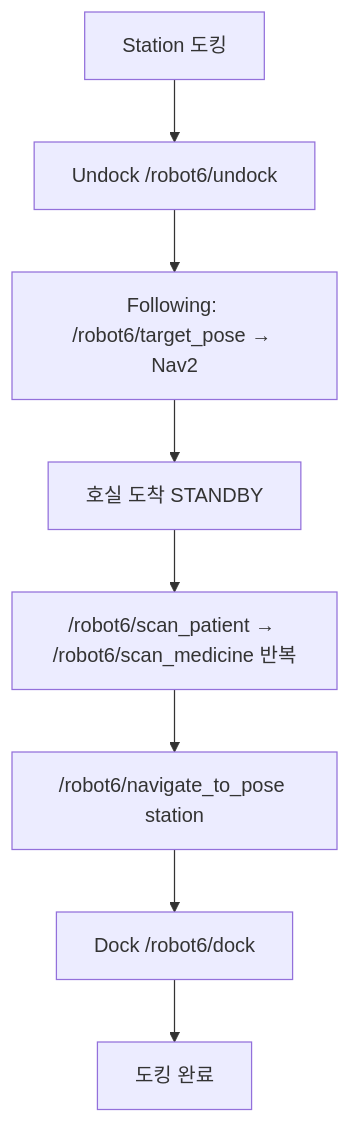
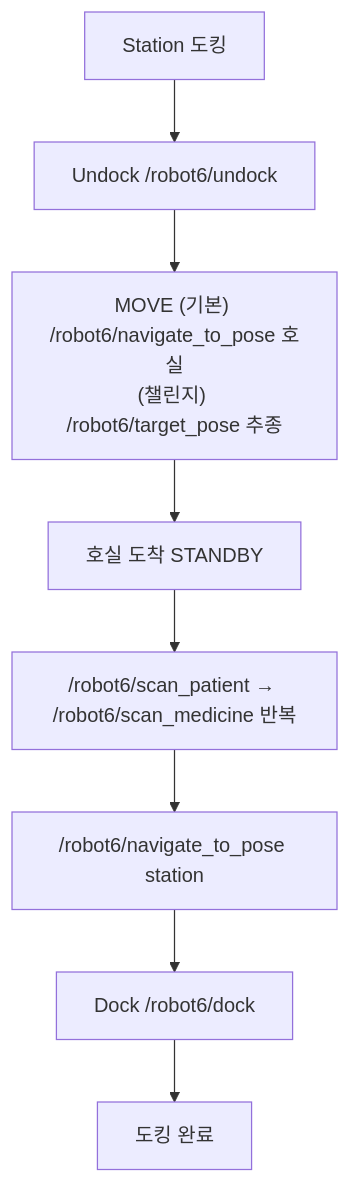
One commit to yevettee/MediCart changed the second of 11 diagrams in docs/architecture/01_system_architecture.md. Above: the diagram before and after it, drawn with Mermaid. The commit also changed other lines of this file and 10 other files, not shown here.

````diff
--- a/docs/architecture/01_system_architecture.md
+++ b/docs/architecture/01_system_architecture.md
@@ -60,13 +68,13 @@
 ```mermaid
 flowchart TD
     docked["Station 도킹"]
     undock["Undock /robot6/undock"]
-    follow["Following: /robot6/target_pose → Nav2"]
+    move["MOVE (기본) /robot6/navigate_to_pose 호실<br/>(챌린지) /robot6/target_pose 추종"]
     arrive["호실 도착 STANDBY"]
     scan["/robot6/scan_patient → /robot6/scan_medicine 반복"]
     returnHome["/robot6/navigate_to_pose station"]
     dock["Dock /robot6/dock"]
     done["도킹 완료"]
 
-    docked --> undock --> follow --> arrive --> scan --> returnHome --> dock --> done
+    docked --> undock --> move --> arrive --> scan --> returnHome --> dock --> done
 ```
````
